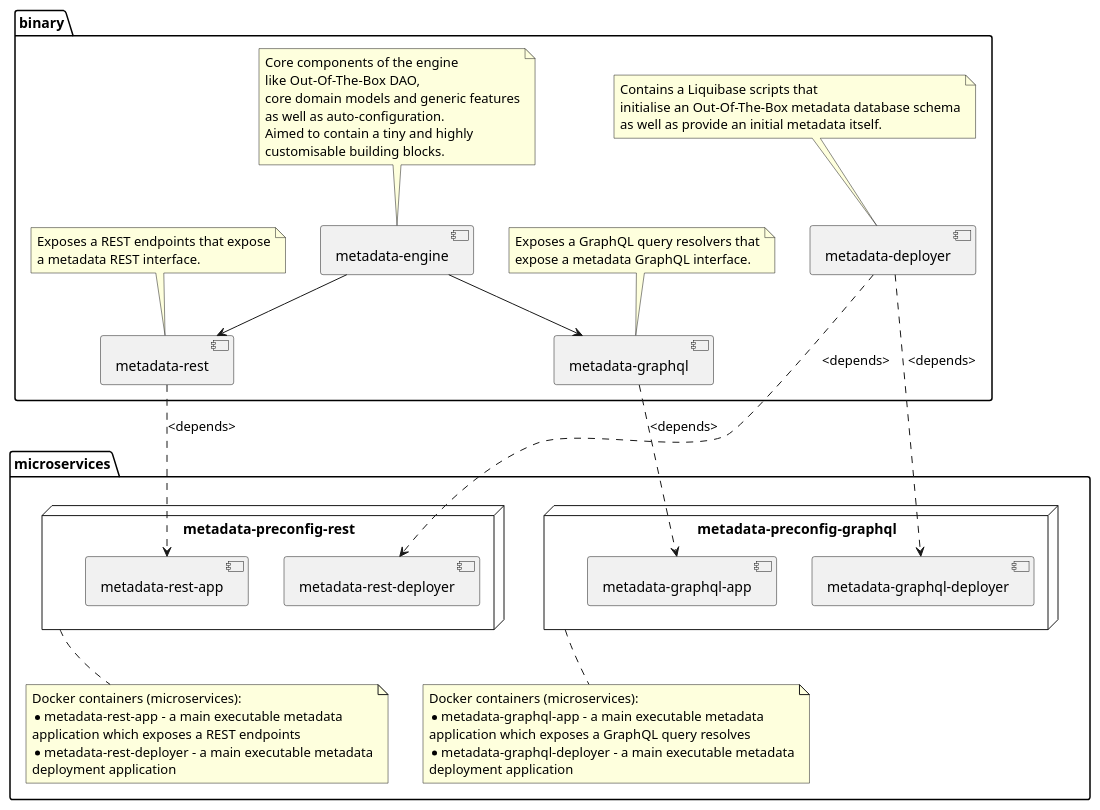
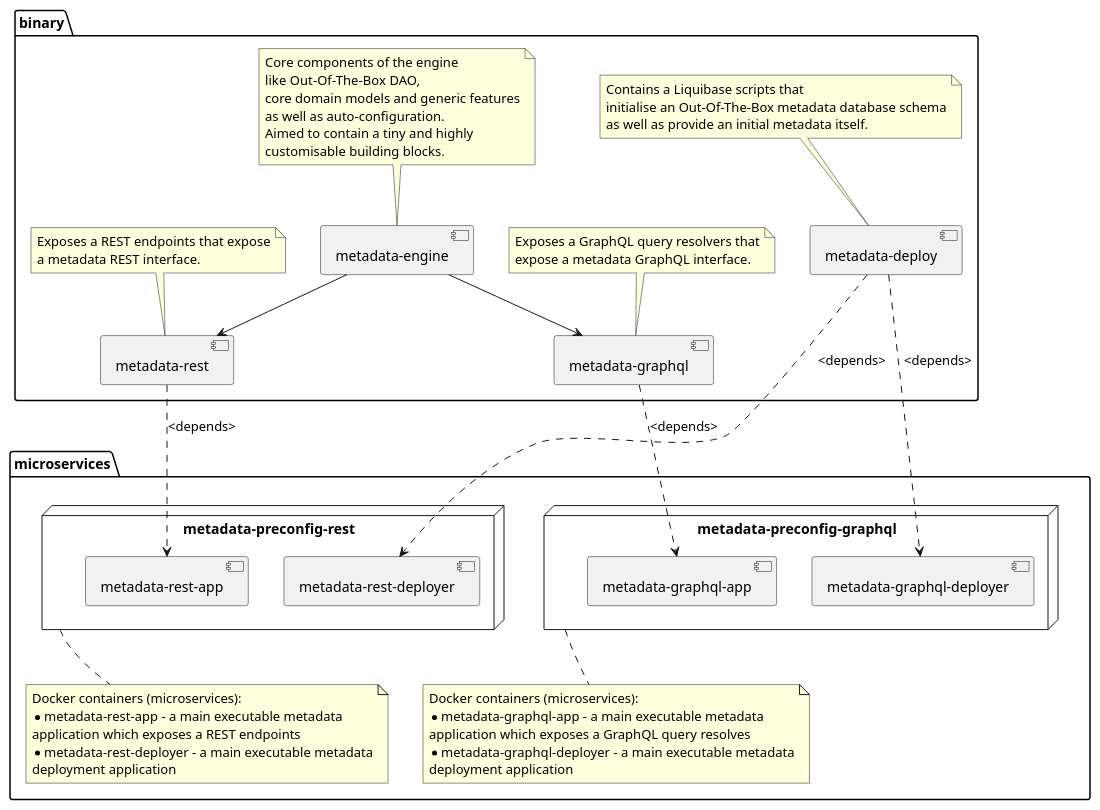
Before and after one commit to thy3368/metadata: the diagram in docs/high_level.puml, drawn with PlantUML. The commit also changed 1 other file, not shown here.

```diff
--- a/docs/high_level.puml
+++ b/docs/high_level.puml
@@ -1,69 +1,69 @@
 @startuml
 
 top to bottom direction
 
 package binary {
-  [metadata-deployer] as md
+  [metadata-deploy] as md
   note top of md
     Contains a Liquibase scripts that
     initialise an Out-Of-The-Box metadata database schema
     as well as provide an initial metadata itself.
   end note
   [metadata-engine] as me
   note top of me
     Core components of the engine
     like Out-Of-The-Box DAO,
     core domain models and generic features
     as well as auto-configuration.
     Aimed to contain a tiny and highly
     customisable building blocks.
   end note
   [metadata-rest] as mr
   note top of mr
     Exposes a REST endpoints that expose
     a metadata REST interface.
   end note
   [metadata-graphql] as mg
   note top of mg
     Exposes a GraphQL query resolvers that
     expose a metadata GraphQL interface.
   end note
   me -down-> mr
   me -down-> mg
 }
 
 package microservices {
   node metadata-preconfig-rest as restnode {
     [metadata-rest-app] as mpr
     [metadata-rest-deployer] as mprd
 
     mr .down.> mpr: <depends>
     md .down.> mprd: <depends>
   }
 
   note bottom of restnode
     Docker containers (microservices):
     * metadata-rest-app - a main executable metadata
     application which exposes a REST endpoints
     * metadata-rest-deployer - a main executable metadata
     deployment application
   end note
 
   node metadata-preconfig-graphql as graphqlnode {
     [metadata-graphql-app] as mpg
     [metadata-graphql-deployer] as mpgd
 
     mg .down.> mpg: <depends>
     md .down.> mpgd: <depends>
   }
 
   note bottom of graphqlnode
     Docker containers (microservices):
     * metadata-graphql-app - a main executable metadata
     application which exposes a GraphQL query resolves
     * metadata-graphql-deployer - a main executable metadata
     deployment application
   end note
 }
 
 @enduml
```
